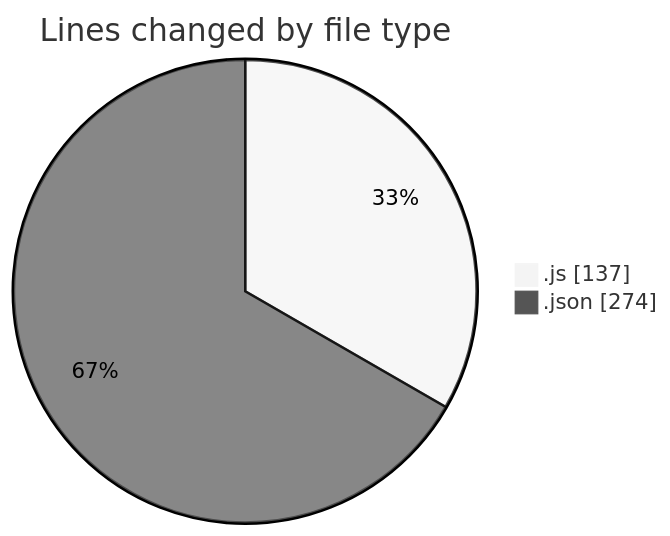
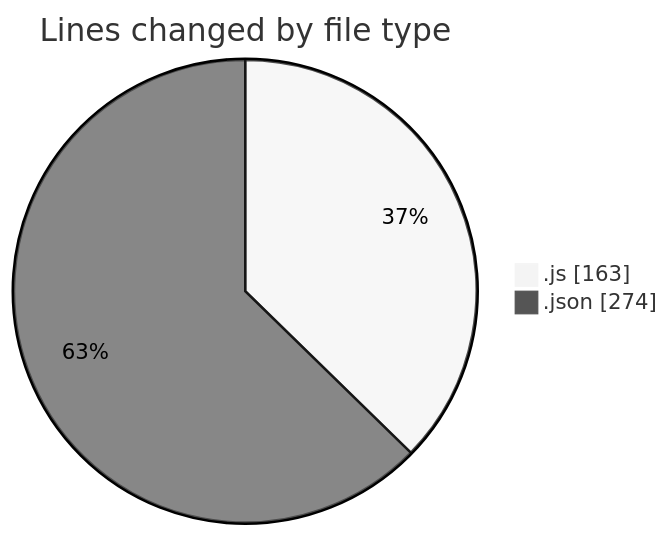
The first of 2 diagrams in 2026-04-07/cda/README.md (momahboobian/code-tracking), drawn with Mermaid (neutral theme) before and after one commit. The commit also changed other lines of this file and 1 other file, not shown here.

````diff
--- a/2026-04-07/cda/README.md
+++ b/2026-04-07/cda/README.md
@@ -24,6 +24,6 @@
 ```mermaid
 pie showData
 title Lines changed by file type
-".js" : 137
+".js" : 163
 ".json" : 274
 ```
````
